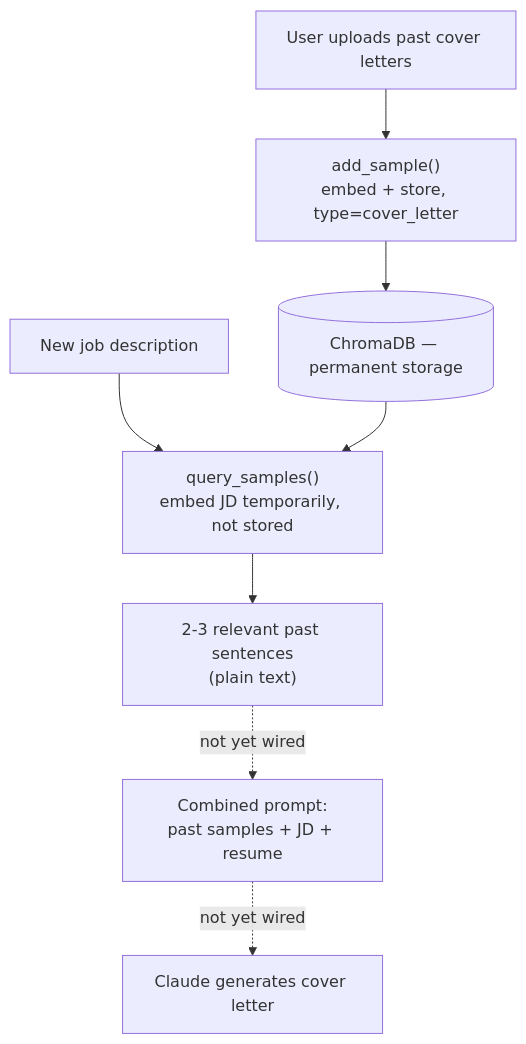
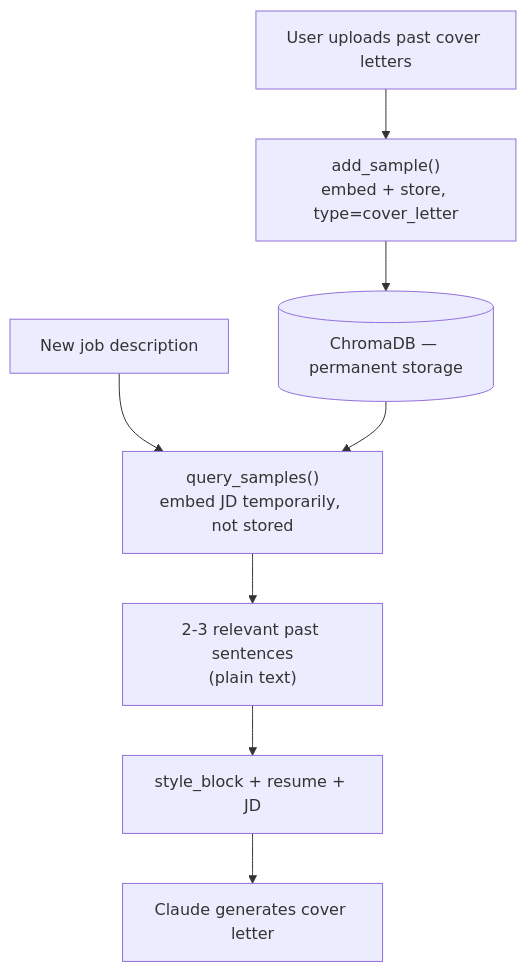
Before and after one commit to Evin009/Gojobs: the third of 3 diagrams in documentations/ARCHITECTURE.md, drawn with Mermaid. The commit also changed other lines of this file and 3 other files, not shown here.

Commit message:
wire RAG retrieval into cover letter generation, phase 10 complete

````diff
--- a/documentations/ARCHITECTURE.md
+++ b/documentations/ARCHITECTURE.md
@@ -55,10 +55,10 @@
 ```mermaid
 flowchart TD
     UP["User uploads past cover letters"] --> ADD["add_sample()<br/>embed + store, type=cover_letter"]
     ADD --> CHROMA[("ChromaDB — permanent storage")]
     JD["New job description"] --> QS["query_samples()<br/>embed JD temporarily, not stored"]
     CHROMA --> QS
     QS --> REL["2-3 relevant past sentences<br/>(plain text)"]
-    REL -.not yet wired.-> PROMPT["Combined prompt:<br/>past samples + JD + resume"]
-    PROMPT -.not yet wired.-> CL["Claude generates cover letter"]
+    REL --> PROMPT["style_block + resume + JD"]
+    PROMPT --> CL["Claude generates cover letter"]
 ```
````
